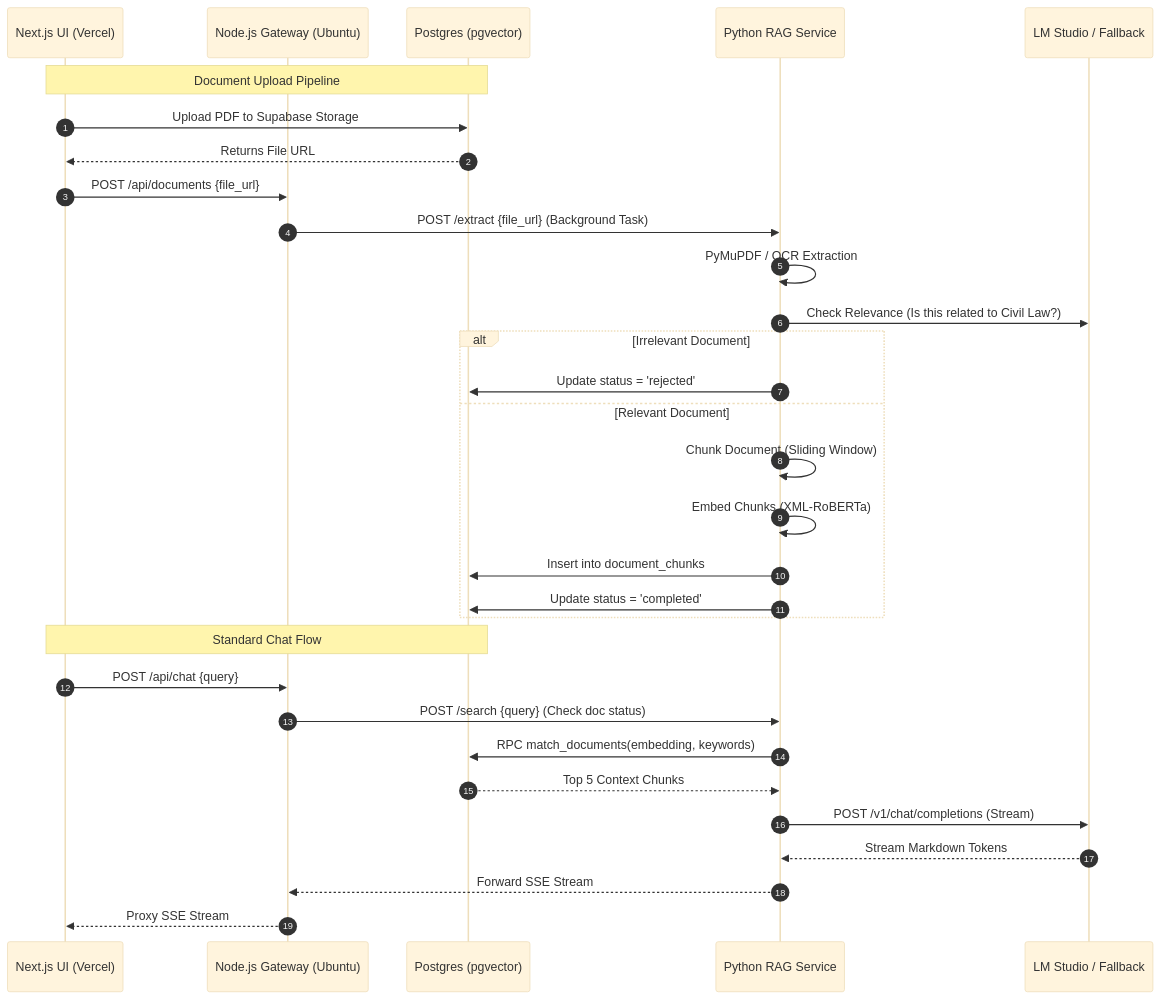
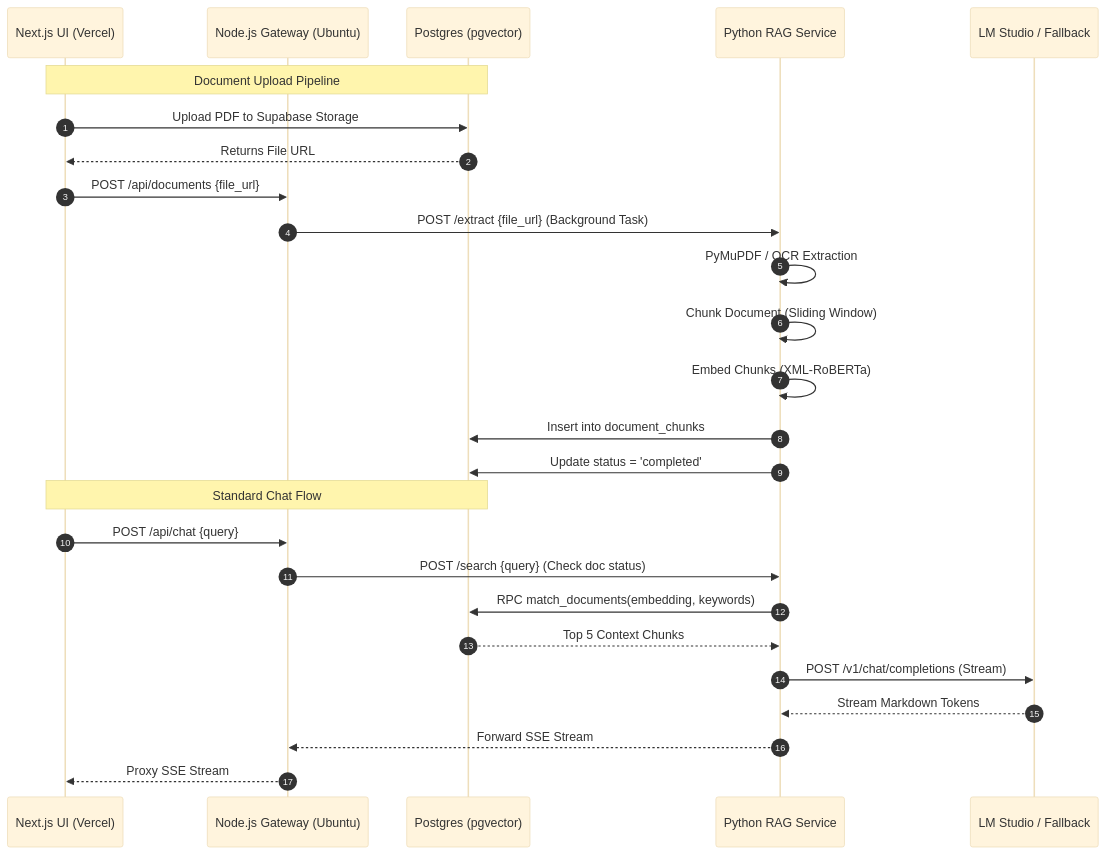
Before and after one commit to rencelibrando/civilex-thesis: the diagram in ARCHITECTURE.md, drawn with Mermaid (base theme). The commit also changed other lines of this file and 1 other file, not shown here.

Commit message:
update the implemendation md fles

````diff
--- a/ARCHITECTURE.md
+++ b/ARCHITECTURE.md
@@ -24,37 +24,32 @@
 ```mermaid
 sequenceDiagram
     autonumber
     participant Client as Next.js UI (Vercel)
     participant Node as Node.js Gateway (Ubuntu)
     participant DB as Postgres (pgvector)
     participant FastAPI as Python RAG Service
     participant LLM as LM Studio / Fallback
 
     %% Document Upload Flow
     Note over Client, DB: Document Upload Pipeline
     Client->>DB: Upload PDF to Supabase Storage
     DB-->>Client: Returns File URL
     Client->>Node: POST /api/documents {file_url}
     Node->>FastAPI: POST /extract {file_url} (Background Task)
     FastAPI->>FastAPI: PyMuPDF / OCR Extraction
-    FastAPI->>LLM: Check Relevance (Is this related to Civil Law?)
-    alt Irrelevant Document
-        FastAPI->>DB: Update status = 'rejected'
-    else Relevant Document
-        FastAPI->>FastAPI: Chunk Document (Sliding Window)
-        FastAPI->>FastAPI: Embed Chunks (XML-RoBERTa)
-        FastAPI->>DB: Insert into document_chunks
-        FastAPI->>DB: Update status = 'completed'
-    end
+    FastAPI->>FastAPI: Chunk Document (Sliding Window)
+    FastAPI->>FastAPI: Embed Chunks (XML-RoBERTa)
+    FastAPI->>DB: Insert into document_chunks
+    FastAPI->>DB: Update status = 'completed'
 
     %% Chat Flow
     Note over Client, DB: Standard Chat Flow
     Client->>Node: POST /api/chat {query}
     Node->>FastAPI: POST /search {query} (Check doc status)
     FastAPI->>DB: RPC match_documents(embedding, keywords)
     DB-->>FastAPI: Top 5 Context Chunks
     FastAPI->>LLM: POST /v1/chat/completions (Stream)
     LLM-->>FastAPI: Stream Markdown Tokens
     FastAPI-->>Node: Forward SSE Stream
     Node-->>Client: Proxy SSE Stream
 ```
````
